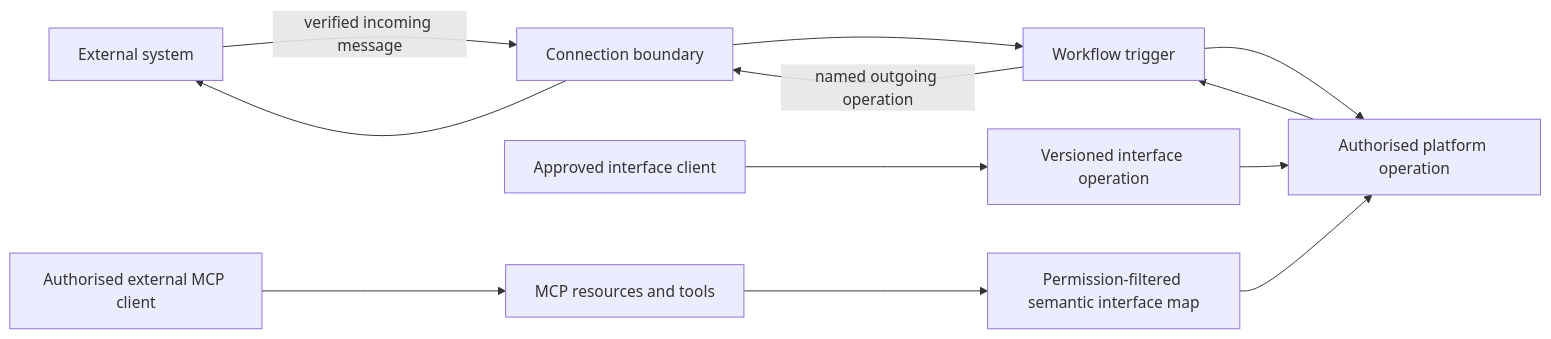
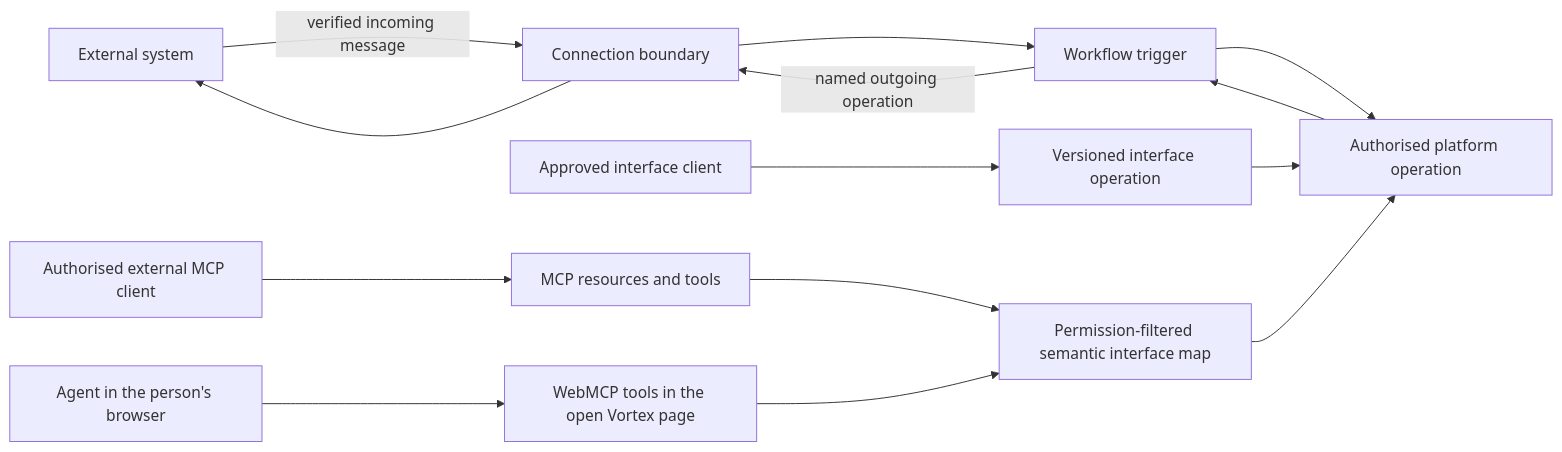
One commit to Abzum-NZ/Abzum-Vortex changed the first of 3 diagrams in docs/specification/12-connections-and-interfaces.md. Above: the diagram before and after it, drawn with Mermaid. The commit also changed other lines of this file and 2 other files, not shown here.

First line of the commit message:
Spec: WebMCP browser tools and per-application MCP tool bundles (#864)

````diff
--- a/docs/specification/12-connections-and-interfaces.md
+++ b/docs/specification/12-connections-and-interfaces.md
@@ -9,14 +9,16 @@
 ```mermaid
 flowchart LR
     EXT[External system] -->|verified incoming message| EDGE[Connection boundary]
     EDGE --> FLOW[Workflow trigger]
     FLOW --> DATA[Authorised platform operation]
     DATA --> FLOW
     FLOW -->|named outgoing operation| EDGE
     EDGE --> EXT
     CLIENT[Approved interface client] --> API[Versioned interface operation]
     API --> DATA
     AGENT[Authorised external MCP client] --> MCP[MCP resources and tools]
+    BROWSER[Agent in the person's browser] --> WEBMCP[WebMCP tools in the open Vortex page]
     MCP --> VIEW[Permission-filtered semantic interface map]
+    WEBMCP --> VIEW
     VIEW --> DATA
 ```
````
